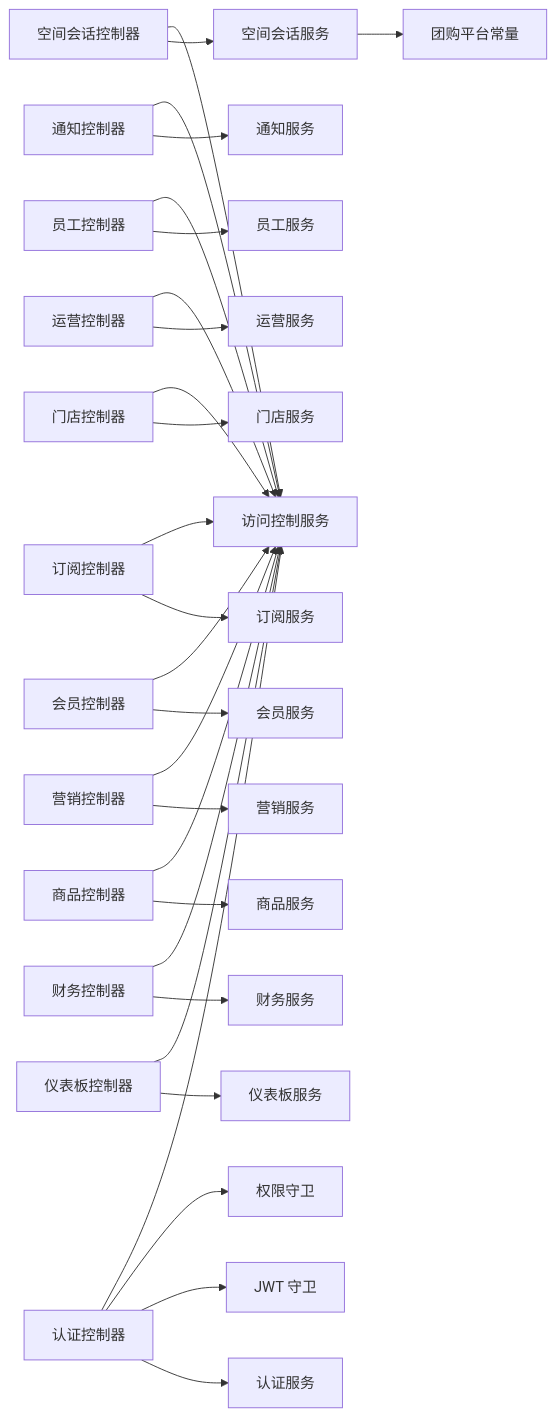
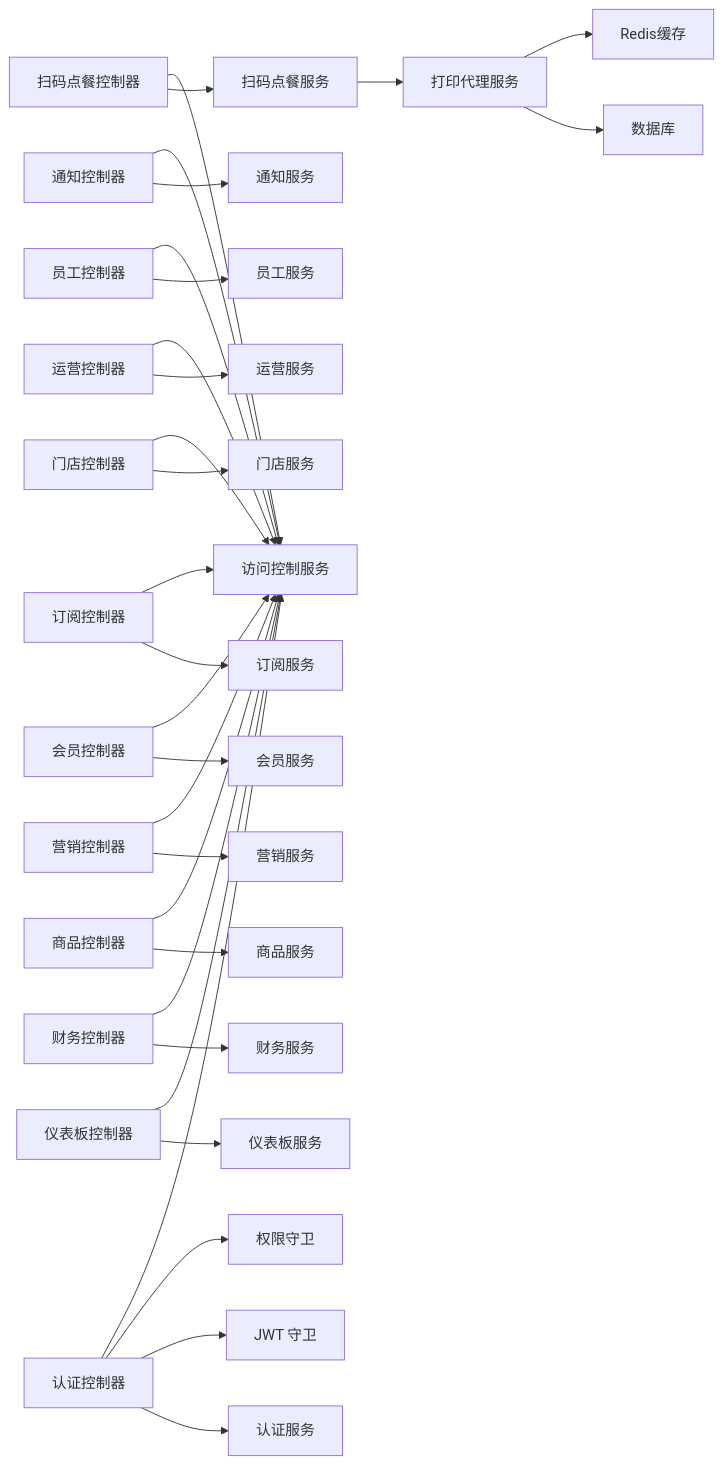
Before and after one commit to rc558620/purelyprofit-server: diagram 14 of 14 in .qoder/repowiki/zh/content/API 接口文档/API 接口文档.md, drawn with Mermaid. The commit also changed other lines of this file and 14 other files, not shown here.

````diff
--- a/.qoder/repowiki/zh/content/API 接口文档/API 接口文档.md
+++ b/.qoder/repowiki/zh/content/API 接口文档/API 接口文档.md
@@ -916,30 +836,32 @@
 ```mermaid
 graph LR
 AC["认证控制器"] --> AS["认证服务"]
 DC["仪表板控制器"] --> DS["仪表板服务"]
 FC["财务控制器"] --> FS["财务服务"]
 GC["商品控制器"] --> GS["商品服务"]
 MC["营销控制器"] --> MS["营销服务"]
 MeC["会员控制器"] --> MeS["会员服务"]
 SC["订阅控制器"] --> SS["订阅服务"]
 StC["门店控制器"] --> StS["门店服务"]
 OC["运营控制器"] --> OS["运营服务"]
 EC["员工控制器"] --> ES["员工服务"]
 NC["通知控制器"] --> NS["通知服务"]
-SSC["空间会话控制器"] --> SSS["空间会话服务"]
-SSS --> GP["团购平台常量"]
+SOC["扫码点餐控制器"] --> SAS["扫码点餐服务"]
+SAS --> PAS["打印代理服务"]
+PAS --> PRISMA["数据库"]
+PAS --> REDIS["Redis缓存"]
 AC --> JwtGuard["JWT 守卫"]
 AC --> PermGuard["权限守卫"]
 AC --> ACService["访问控制服务"]
 DC --> ACService
 FC --> ACService
 GC --> ACService
 MC --> ACService
 MeC --> ACService
 SC --> ACService
 StC --> ACService
 OC --> ACService
 EC --> ACService
 NC --> ACService
-SSC --> ACService
+SOC --> ACService
 ```
````
